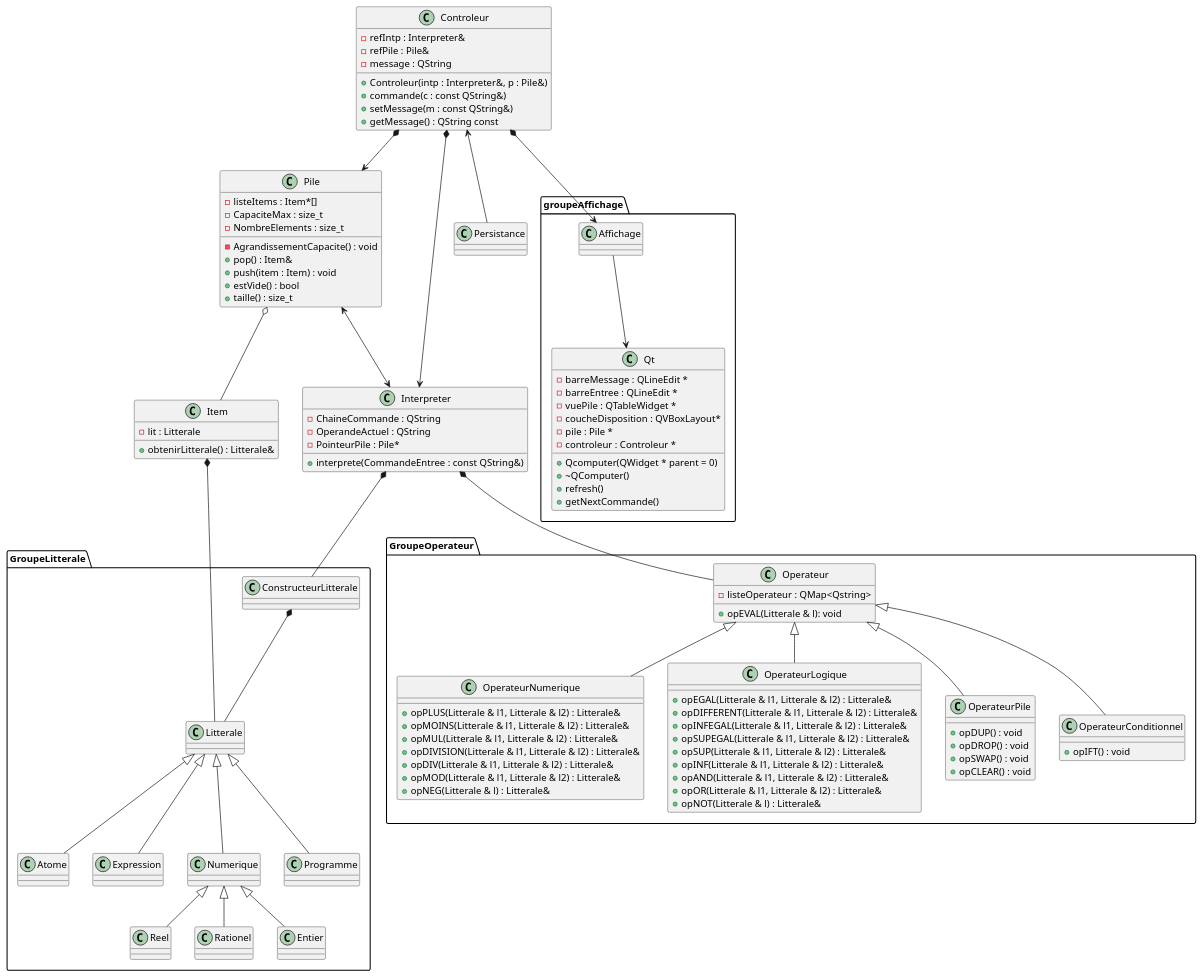
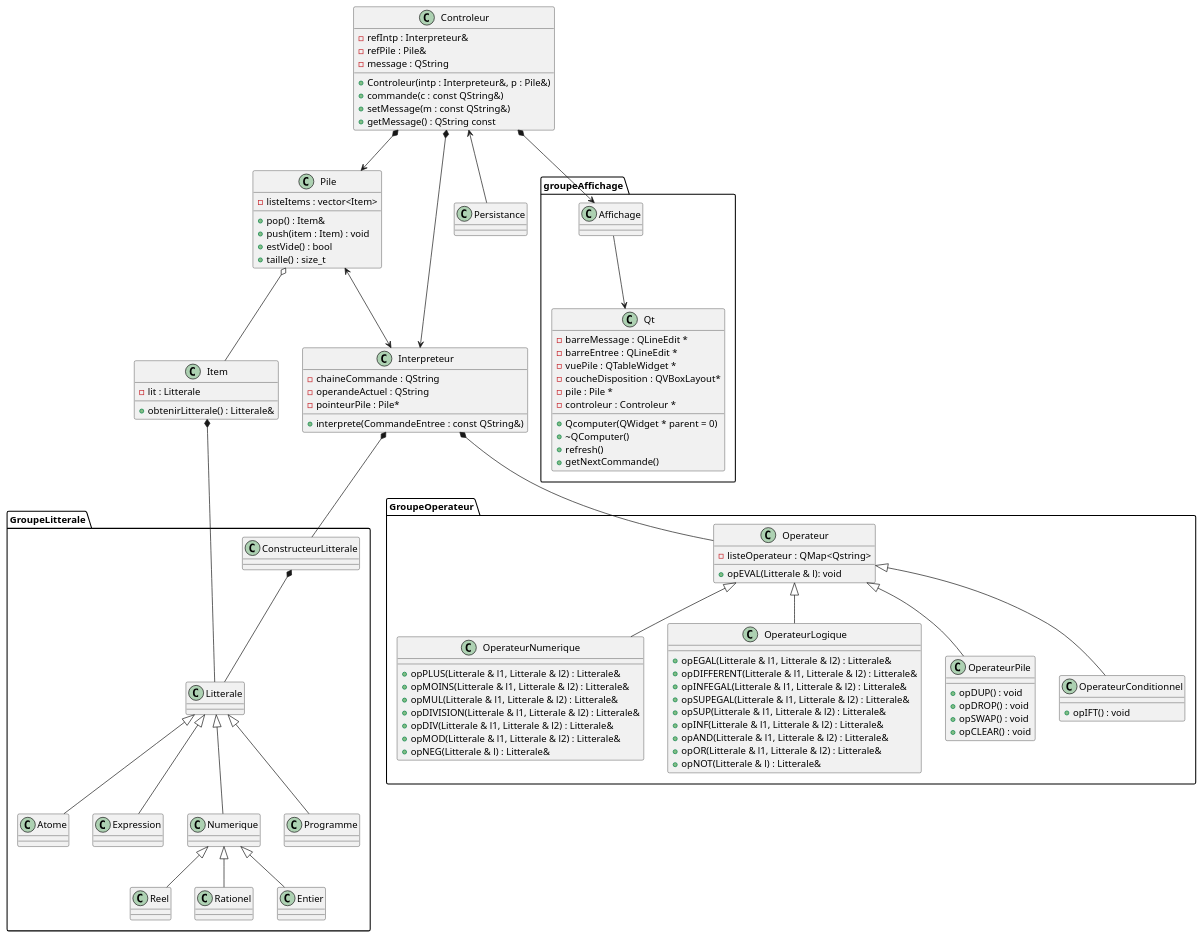
Before and after one commit to LouisJeanneau/LO21-Projet-CompUT: the diagram in UML.puml, drawn with PlantUML. The commit also changed 9 other files, not shown here.

Commit message:
V1 de la Pile et de l'Interpreteur. Pas fini

```diff
--- a/UML.puml
+++ b/UML.puml
@@ -1,176 +1,173 @@
 @startuml
 
 package "GroupeLitterale" {
     Class Litterale{
 
     }
 
     Class ConstructeurLitterale{
 
     }
 
     Class Atome{
 
     }
 
     Class Expression{
 
     }
 
     Class Numerique{
 
     }
 
     Class Reel{
 
     }
 
     Class Rationel{
 
     }
 
     Class Entier{
 
     }
 
     Class Programme{
 
     }
 
 }
 
 
 Class Item{
     -lit : Litterale
     +obtenirLitterale() : Litterale&
 }
 
 package "GroupeOperateur" {
 
 Class Operateur{
     -listeOperateur : QMap<Qstring>
     +opEVAL(Litterale & l): void
 }
 
 Class OperateurNumerique {
     +opPLUS(Litterale & l1, Litterale & l2) : Litterale&
     +opMOINS(Litterale & l1, Litterale & l2) : Litterale&
     +opMUL(Litterale & l1, Litterale & l2) : Litterale&
     +opDIVISION(Litterale & l1, Litterale & l2) : Litterale&
     +opDIV(Litterale & l1, Litterale & l2) : Litterale&
     +opMOD(Litterale & l1, Litterale & l2) : Litterale&
     +opNEG(Litterale & l) : Litterale&
 }
 
 Class OperateurLogique {
     +opEGAL(Litterale & l1, Litterale & l2) : Litterale&
     +opDIFFERENT(Litterale & l1, Litterale & l2) : Litterale&
     +opINFEGAL(Litterale & l1, Litterale & l2) : Litterale&
     +opSUPEGAL(Litterale & l1, Litterale & l2) : Litterale&
     +opSUP(Litterale & l1, Litterale & l2) : Litterale&
     +opINF(Litterale & l1, Litterale & l2) : Litterale&
     +opAND(Litterale & l1, Litterale & l2) : Litterale&
     +opOR(Litterale & l1, Litterale & l2) : Litterale&
     +opNOT(Litterale & l) : Litterale&
 
 
 }
 
 Class OperateurPile {
     +opDUP() : void
     +opDROP() : void
     +opSWAP() : void 
     +opCLEAR() : void
 }
 
 Class OperateurConditionnel {
     +opIFT() : void
 }
 
 
 
 }
 
 
 Class Pile{
-    -listeItems : Item*[]
-    -CapaciteMax : size_t
-    -NombreElements : size_t
-    -AgrandissementCapacite() : void
+    -listeItems : vector<Item>
     +pop() : Item&
     +push(item : Item) : void
     +estVide() : bool
     +taille() : size_t
 
 
 
 }
 
-Class Interpreter{
-    -ChaineCommande : QString
-    -OperandeActuel : QString
-    -PointeurPile : Pile*
+Class Interpreteur{
+    -chaineCommande : QString
+    -operandeActuel : QString
+    -pointeurPile : Pile*
     +interprete(CommandeEntree : const QString&)
 }
 
 Class Controleur{
-    -refIntp : Interpreter&
+    -refIntp : Interpreteur&
     -refPile : Pile&
     -message : QString
-    +Controleur(intp : Interpreter&, p : Pile&)
+    +Controleur(intp : Interpreteur&, p : Pile&)
     +commande(c : const QString&)
     +setMessage(m : const QString&)
     +getMessage() : QString const
 }
 
 Class Persistance{
 
 }
 
 package "groupeAffichage" {
 
     Class Affichage{
 
     }
 
     Class Qt {
 	-barreMessage : QLineEdit *
 	-barreEntree : QLineEdit *
 	-vuePile : QTableWidget *
 	-coucheDisposition : QVBoxLayout*
 	-pile : Pile *
 	-controleur : Controleur *
 	+Qcomputer(QWidget * parent = 0)
 	+~QComputer()
 	+refresh()
 	+getNextCommande()
     }
 
 }
 
 Litterale <|-- Programme
 Litterale <|-- Numerique
 Litterale <|-- Expression
 Litterale <|-- Atome
 Numerique <|-- Reel
 Numerique <|-- Rationel
 Numerique <|-- Entier
 
 Operateur <|-- OperateurNumerique
 Operateur <|-- OperateurLogique
 Operateur <|-- OperateurPile
 Operateur <|-- OperateurConditionnel 
 
 ConstructeurLitterale *-- Litterale
-Interpreter *-- Operateur
-Interpreter *-- ConstructeurLitterale
+Interpreteur *-- Operateur
+Interpreteur *-- ConstructeurLitterale
 Item *-- Litterale
 Pile o-- Item
-Pile <--> Interpreter
-Controleur *--> Interpreter
+Pile <--> Interpreteur
+Controleur *--> Interpreteur
 Controleur *--> Pile
 Controleur <-- Persistance
 Controleur *--> Affichage
 Affichage --> Qt
 
 @enduml
```
